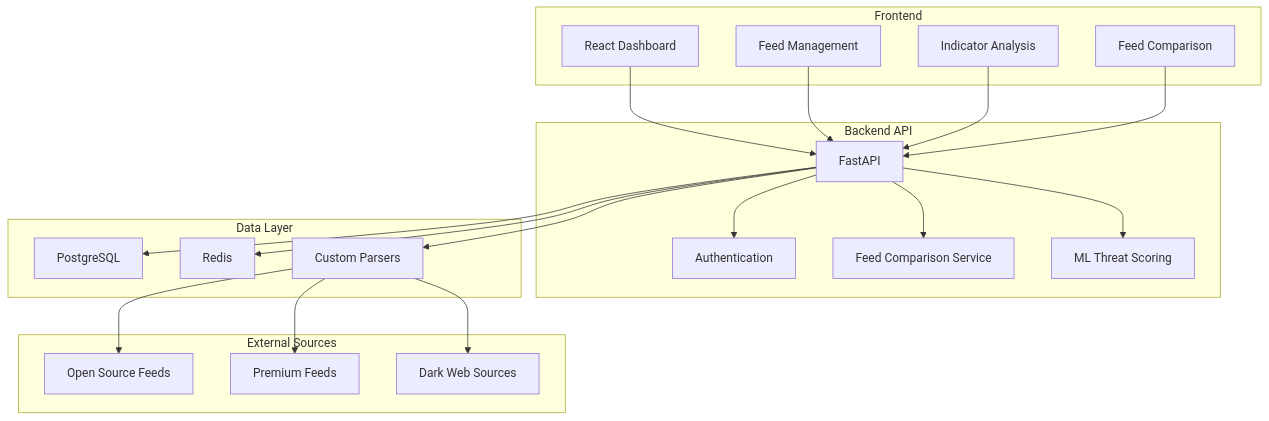
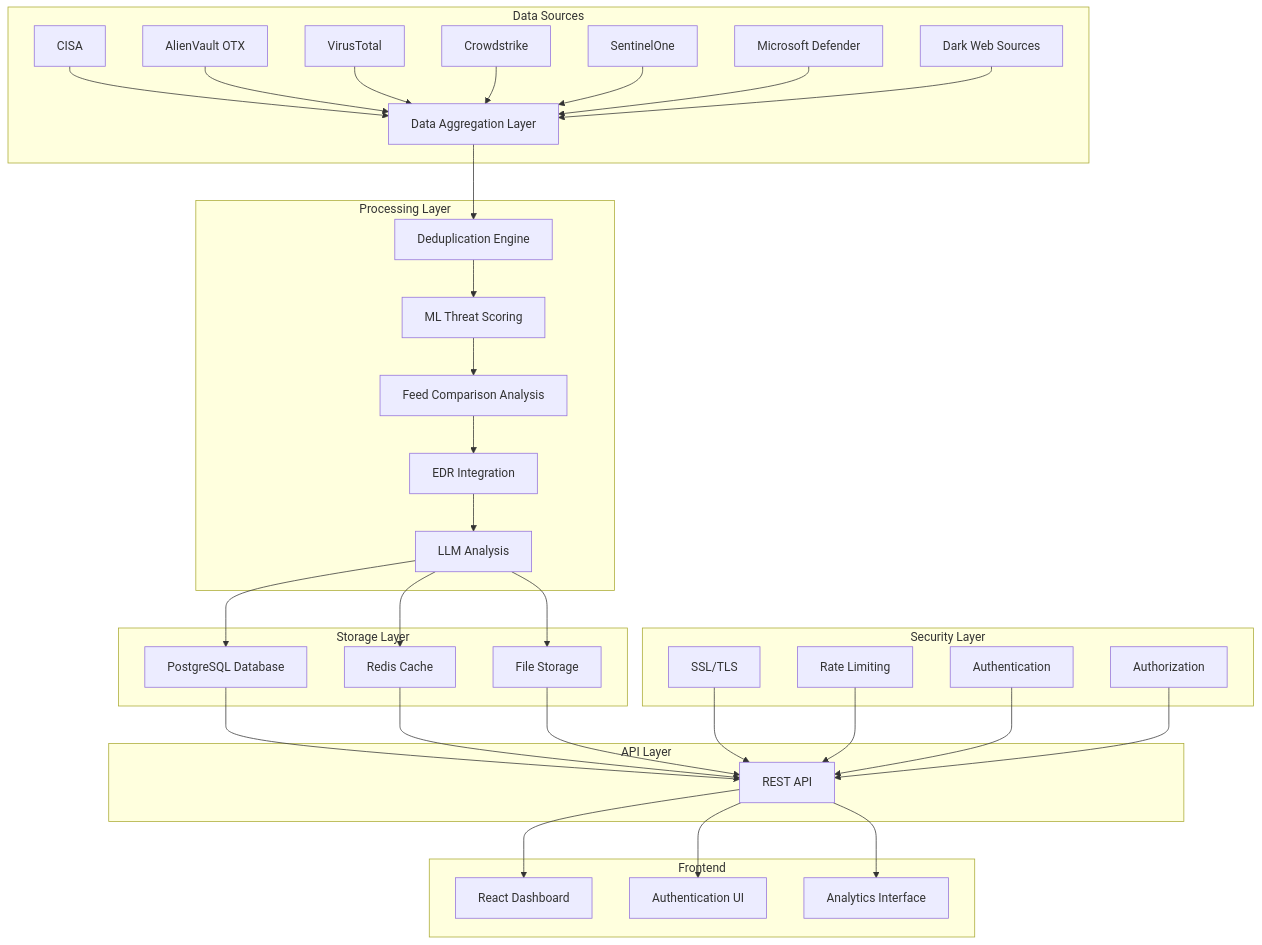
One commit to malsiftcyber/malsiftthreatintel changed the diagram in docs/index.md. Above: the diagram before and after it, drawn with Mermaid. The commit also changed other lines of this file and 17 other files, not shown here.

First line of the commit message:
Add comprehensive EDR integration with LLM-powered analysis

````diff
--- a/docs/index.md
+++ b/docs/index.md
@@ -68,42 +51,45 @@
 ```mermaid
 graph TB
-    subgraph "Frontend"
-        A[React Dashboard]
-        B[Feed Management]
-        C[Indicator Analysis]
-        D[Feed Comparison]
+    subgraph "Data Sources"
+        A[CISA] --> E[Data Aggregation Layer]
+        B[AlienVault OTX] --> E
+        C[VirusTotal] --> E
+        D[Crowdstrike] --> E
+        F[SentinelOne] --> E
+        G[Microsoft Defender] --> E
+        H[Dark Web Sources] --> E
     end
     
-    subgraph "Backend API"
-        E[FastAPI]
-        F[Authentication]
-        G[Feed Comparison Service]
-        H[ML Threat Scoring]
+    subgraph "Processing Layer"
+        E --> I[Deduplication Engine]
+        I --> J[ML Threat Scoring]
+        J --> K[Feed Comparison Analysis]
+        K --> L[EDR Integration]
+        L --> M[LLM Analysis]
     end
     
-    subgraph "Data Layer"
-        I[PostgreSQL]
-        J[Redis]
-        K[Custom Parsers]
+    subgraph "Storage Layer"
+        M --> N[PostgreSQL Database]
+        M --> O[Redis Cache]
+        M --> P[File Storage]
     end
     
-    subgraph "External Sources"
-        L[Open Source Feeds]
-        M[Premium Feeds]
-        N[Dark Web Sources]
+    subgraph "API Layer"
+        N --> Q[REST API]
+        O --> Q
+        P --> Q
     end
     
-    A --> E
-    B --> E
-    C --> E
-    D --> E
-    E --> F
-    E --> G
-    E --> H
-    E --> I
-    E --> J
-    E --> K
-    K --> L
-    K --> M
-    K --> N
+    subgraph "Frontend"
+        Q --> R[React Dashboard]
+        Q --> S[Authentication UI]
+        Q --> T[Analytics Interface]
+    end
+    
+    subgraph "Security Layer"
+        U[SSL/TLS] --> Q
+        V[Rate Limiting] --> Q
+        W[Authentication] --> Q
+        X[Authorization] --> Q
+    end
 ```
````
